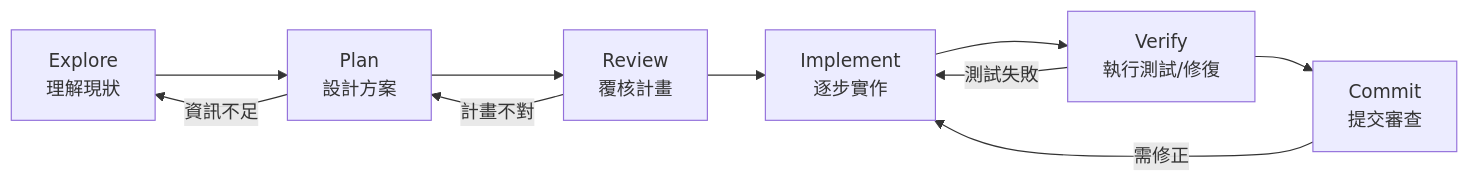
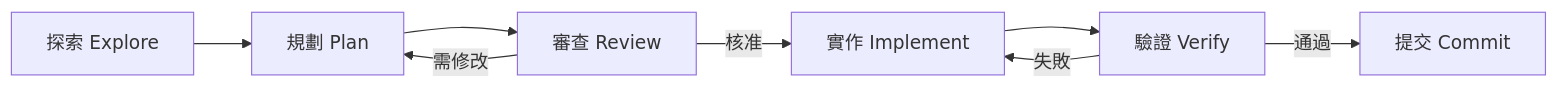
Before and after one commit to chihhung/Blog: the eighth of 8 diagrams in content/posts/教學/AI開發/Copilot CLI教學手冊.md, drawn with Mermaid. The commit also changed other lines of this file and 1 other file, not shown here.

````diff
--- a/content/posts/教學/AI開發/Copilot CLI教學手冊.md
+++ b/content/posts/教學/AI開發/Copilot CLI教學手冊.md
@@ -3093,12 +4237,10 @@
 ```mermaid
-graph LR
-    A[Explore<br/>理解現狀] --> B[Plan<br/>設計方案]
-    B --> R[Review<br/>覆核計畫]
-    R --> C[Implement<br/>逐步實作]
-    C --> V[Verify<br/>執行測試/修復]
-    V --> D[Commit<br/>提交審查]
-    D -->|需修正| C
-    R -->|計畫不對| B
-    B -->|資訊不足| A
-    V -->|測試失敗| C
+flowchart LR
+    E[探索 Explore] --> P[規劃 Plan]
+    P --> R[審查 Review]
+    R -- 需修改 --> P
+    R -- 核准 --> I[實作 Implement]
+    I --> V[驗證 Verify]
+    V -- 失敗 --> I
+    V -- 通過 --> C[提交 Commit]
 ```
````
